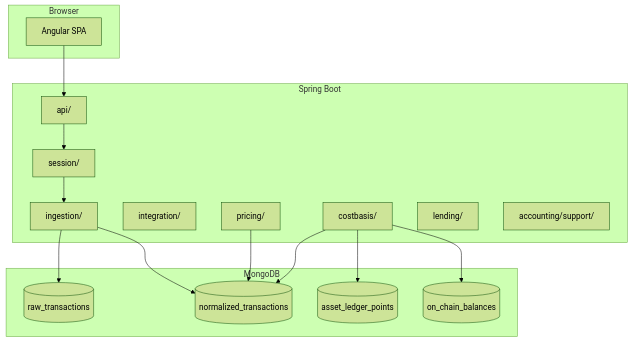
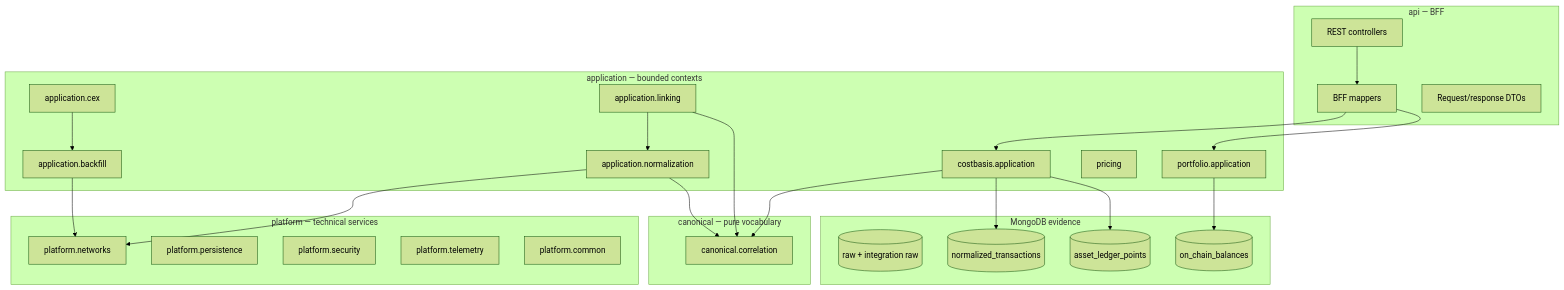
One commit to Volad/wallet-radar changed the first of 2 diagrams in docs/overview/03-architecture.md. Above: the diagram before and after it, drawn with Mermaid (forest theme). The commit also changed other lines of this file and 1734 other files, not shown here.

````diff
--- a/docs/overview/03-architecture.md
+++ b/docs/overview/03-architecture.md
@@ -10,31 +13,46 @@
 ```mermaid
 flowchart TB
-  subgraph client [Browser]
-    SPA[Angular SPA]
+  subgraph apiLayer [api — BFF]
+    Controllers[REST controllers]
+    BffMappers[BFF mappers]
+    Dtos[Request/response DTOs]
   end
-  subgraph backend [Spring Boot]
-    API[api/]
-    Session[session/]
-    Ingestion[ingestion/]
-    Integration[integration/]
-    Pricing[pricing/]
-    CostBasis[costbasis/]
-    Lending[lending/]
-    Accounting[accounting/support/]
+  subgraph appLayer [application — bounded contexts]
+    Backfill[application.backfill]
+    Cex[application.cex]
+    Norm[application.normalization]
+    Link[application.linking]
+    Cost[costbasis.application]
+    Port[portfolio.application]
+    Price[pricing]
   end
-  subgraph mongo [MongoDB]
-    Raw[(raw_transactions)]
-    Norm[(normalized_transactions)]
+  subgraph platLayer [platform — technical services]
+    Networks[platform.networks]
+    Persist[platform.persistence]
+    Sec[platform.security]
+    Tel[platform.telemetry]
+    Common[platform.common]
+  end
+  subgraph canonLayer [canonical — pure vocabulary]
+    Corr[canonical.correlation]
+  end
+  subgraph mongo [MongoDB evidence]
+    Raw[(raw + integration raw)]
+    NormCol[(normalized_transactions)]
     Ledger[(asset_ledger_points)]
     Bal[(on_chain_balances)]
   end
-  SPA --> API
-  API --> Session
-  Session --> Ingestion
-  Ingestion --> Raw
-  Ingestion --> Norm
-  Pricing --> Norm
-  CostBasis --> Norm
-  CostBasis --> Ledger
-  CostBasis --> Bal
+  Controllers --> BffMappers
+  BffMappers --> Port
+  BffMappers --> Cost
+  Backfill --> Networks
+  Norm --> Networks
+  Cex --> Backfill
+  Link --> Norm
+  Cost --> NormCol
+  Cost --> Ledger
+  Port --> Bal
+  Norm --> Corr
+  Link --> Corr
+  Cost --> Corr
 ```
````
